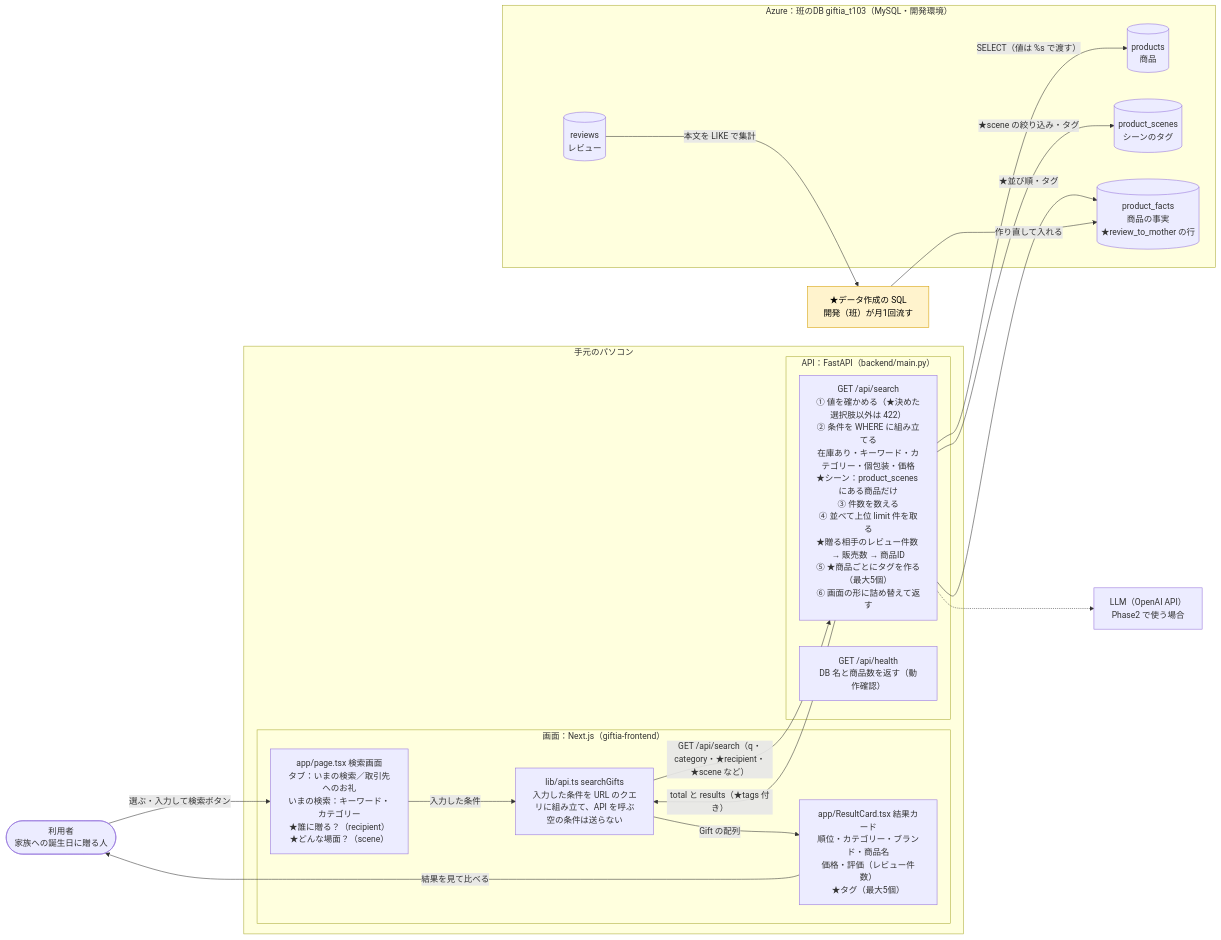
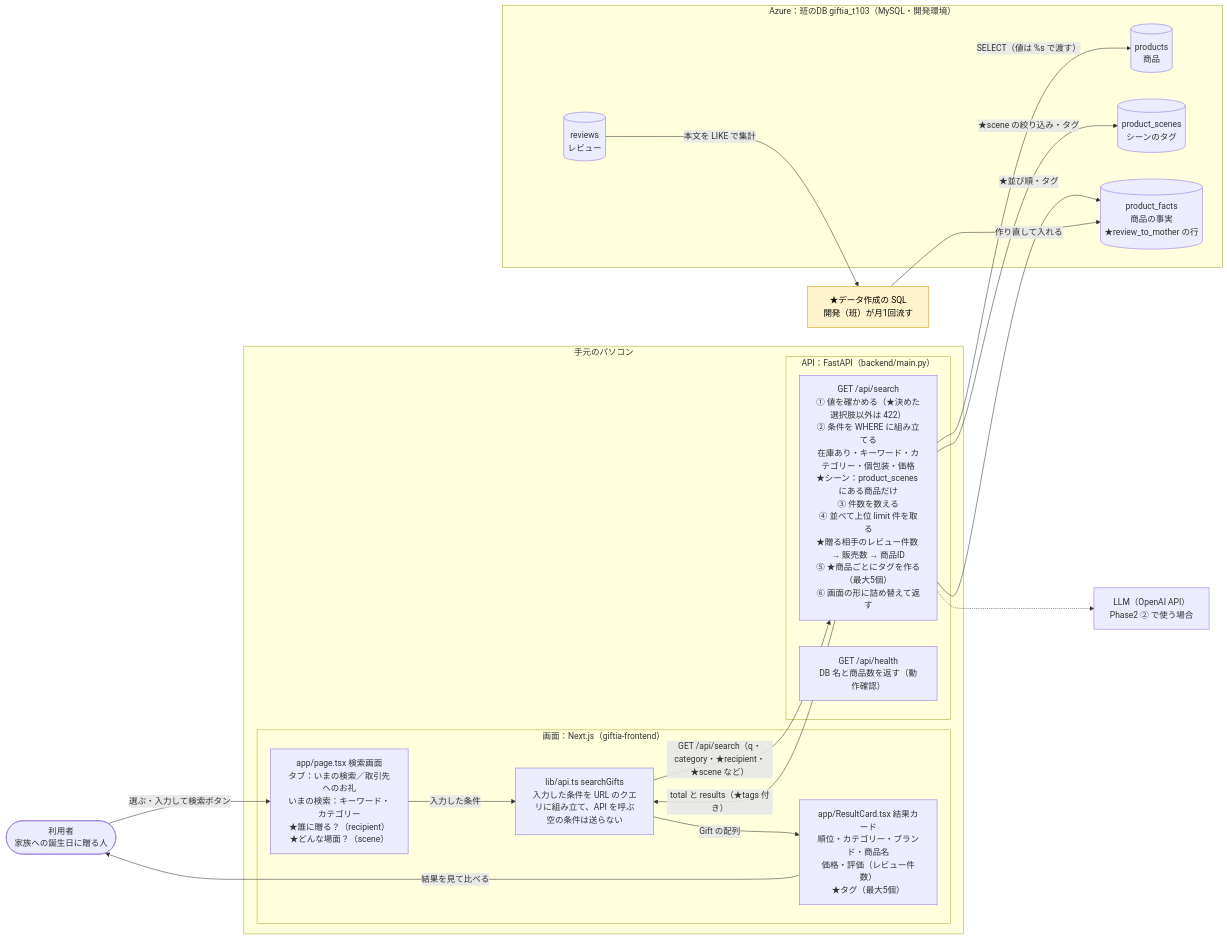
One commit to TanobeYuya/Step3-1_giftia-mikkanbe changed the fourth of 6 diagrams in docs/要件定義書/クラス1_3班_みっかんべー_要件定義書.md. Above: the diagram before and after it, drawn with Mermaid. The commit also changed other lines of this file and 3 other files, not shown here.

````diff
--- a/docs/要件定義書/クラス1_3班_みっかんべー_要件定義書.md
+++ b/docs/要件定義書/クラス1_3班_みっかんべー_要件定義書.md
@@ -454,42 +530,42 @@
 ```mermaid
 flowchart LR
   U(["利用者<br/>家族への誕生日に贈る人"])
 
   subgraph PC["手元のパソコン"]
     subgraph FE["画面：Next.js（giftia-frontend）"]
       P1["app/page.tsx 検索画面<br/>タブ：いまの検索／取引先へのお礼<br/>いまの検索：キーワード・カテゴリー<br/>★誰に贈る？（recipient）<br/>★どんな場面？（scene）"]
       P2["lib/api.ts searchGifts<br/>入力した条件を URL のクエリに組み立て、API を呼ぶ<br/>空の条件は送らない"]
       P3["app/ResultCard.tsx 結果カード<br/>順位・カテゴリー・ブランド・商品名<br/>価格・評価（レビュー件数）<br/>★タグ（最大5個）"]
     end
     subgraph BE["API：FastAPI（backend/main.py）"]
       A1["GET /api/search<br/>① 値を確かめる（★決めた選択肢以外は 422）<br/>② 条件を WHERE に組み立てる<br/>在庫あり・キーワード・カテゴリー・個包装・価格<br/>★シーン：product_scenes にある商品だけ<br/>③ 件数を数える<br/>④ 並べて上位 limit 件を取る<br/>★贈る相手のレビュー件数 → 販売数 → 商品ID<br/>⑤ ★商品ごとにタグを作る（最大5個）<br/>⑥ 画面の形に詰め替えて返す"]
       A2["GET /api/health<br/>DB 名と商品数を返す（動作確認）"]
     end
   end
 
   subgraph AZ["Azure：班のDB giftia_t103（MySQL・開発環境）"]
     T1[("products<br/>商品")]
     T2[("product_scenes<br/>シーンのタグ")]
     T3[("product_facts<br/>商品の事実<br/>★review_to_mother の行")]
     T4[("reviews<br/>レビュー")]
   end
 
   B["★データ作成の SQL<br/>開発（班）が月1回流す"]
-  LLM["LLM（OpenAI API）<br/>Phase2 で使う場合"]
+  LLM["LLM（OpenAI API）<br/>Phase2 ② で使う場合"]
 
   U -- "選ぶ・入力して検索ボタン" --> P1
   P1 -- "入力した条件" --> P2
   P2 -- "GET /api/search（q・category・★recipient・★scene など）" --> A1
   A1 -- "SELECT（値は %s で渡す）" --> T1
   A1 -- "★scene の絞り込み・タグ" --> T2
   A1 -- "★並び順・タグ" --> T3
   A1 -- "total と results（★tags 付き）" --> P2
   P2 -- "Gift の配列" --> P3
   P3 -- "結果を見て比べる" --> U
   T4 -- "本文を LIKE で集計" --> B
   B -- "作り直して入れる" --> T3
   A1 -.-> LLM
 
   classDef add fill:#fff3cd,stroke:#d39e00,color:#000
   class B add
 ```
````
